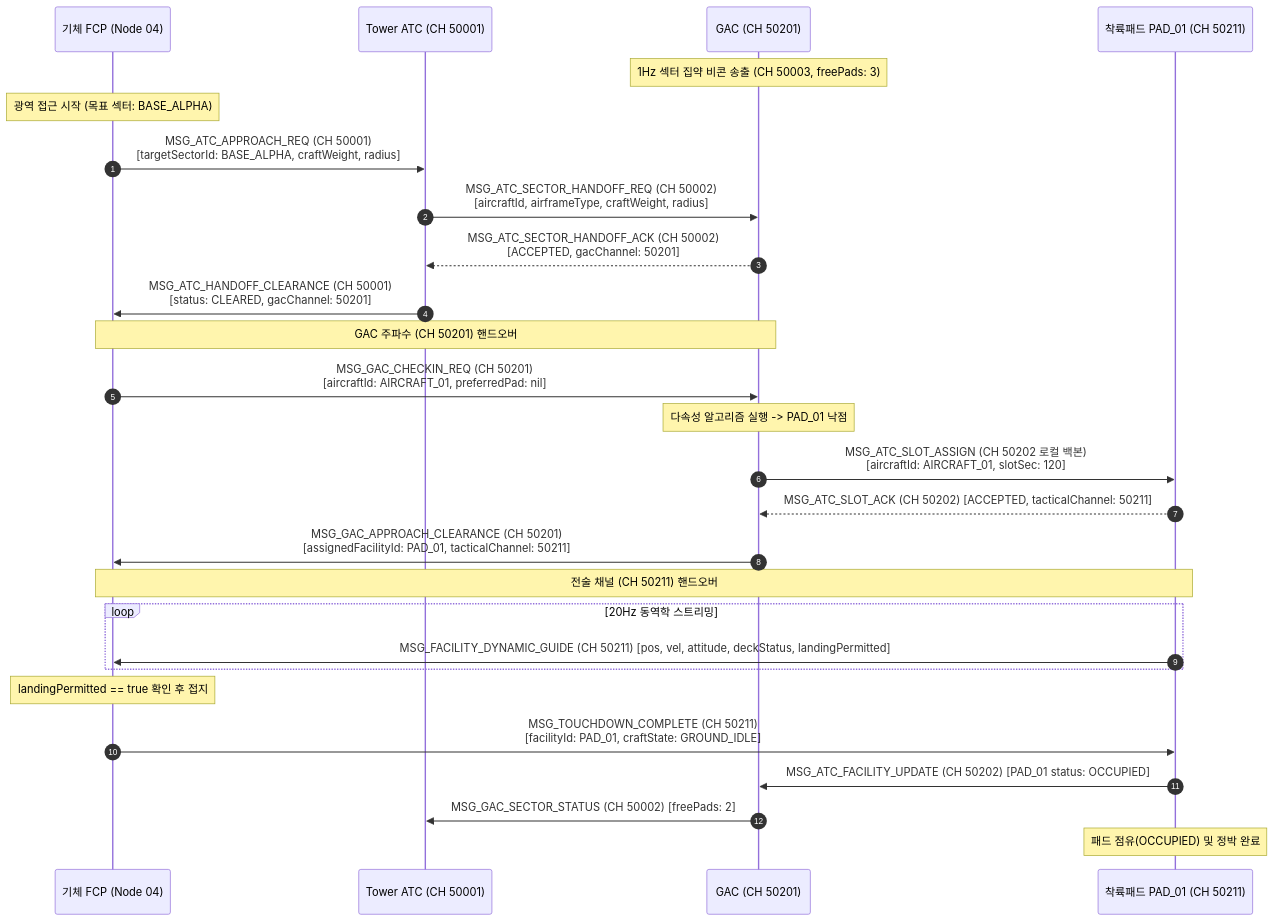
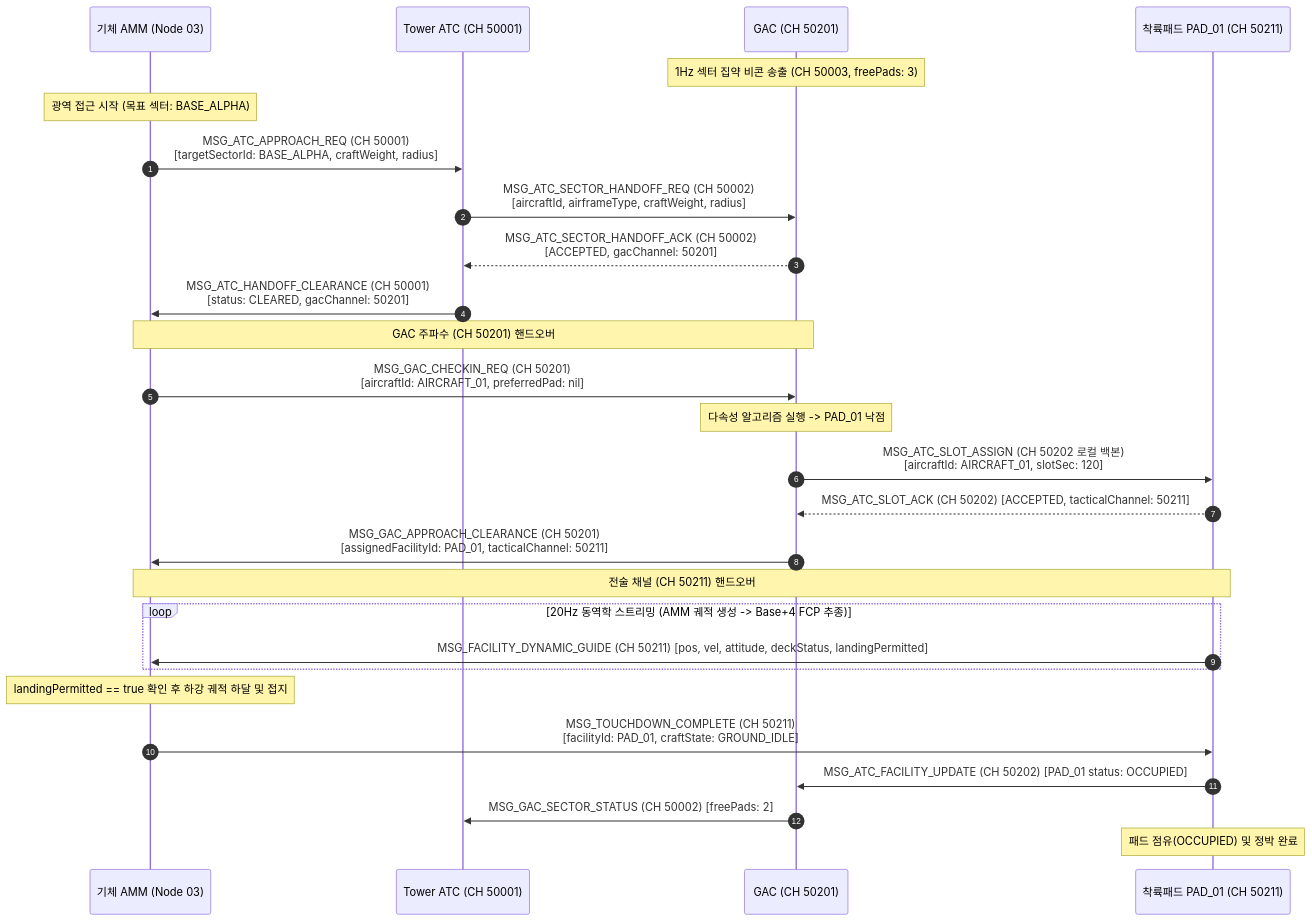
One commit to Polimachi/Aeroneutics_Autopilot changed the third of 5 diagrams in docs/specs/0_infra/gac/GAC_PROGRAM_SPECIFICATION_AND_ICD.md. Above: the diagram before and after it, drawn with Mermaid. The commit also changed other lines of this file and 18 other files, not shown here.

Commit message:
docs(specs): shrink FCP to SE(3) outer-loop and migrate gateway/nav/mission ownership to AMM (TASK-206)

````diff
--- a/docs/specs/0_infra/gac/GAC_PROGRAM_SPECIFICATION_AND_ICD.md
+++ b/docs/specs/0_infra/gac/GAC_PROGRAM_SPECIFICATION_AND_ICD.md
@@ -526,33 +528,33 @@
 ```mermaid
 sequenceDiagram
     autonumber
-    participant U as 기체 FCP (Node 04)
+    participant U as 기체 AMM (Node 03)
     participant T as Tower ATC (CH 50001)
     participant G as GAC (CH 50201)
     participant P as 착륙패드 PAD_01 (CH 50211)
 
     Note over G: 1Hz 섹터 집약 비콘 송출 (CH 50003, freePads: 3)
     Note over U: 광역 접근 시작 (목표 섹터: BASE_ALPHA)
 
     U->>T: MSG_ATC_APPROACH_REQ (CH 50001)<br/>[targetSectorId: BASE_ALPHA, craftWeight, radius]
     T->>G: MSG_ATC_SECTOR_HANDOFF_REQ (CH 50002)<br/>[aircraftId, airframeType, craftWeight, radius]
     G-->>T: MSG_ATC_SECTOR_HANDOFF_ACK (CH 50002)<br/>[ACCEPTED, gacChannel: 50201]
     T->>U: MSG_ATC_HANDOFF_CLEARANCE (CH 50001)<br/>[status: CLEARED, gacChannel: 50201]
 
     Note over U,G: GAC 주파수 (CH 50201) 핸드오버
     U->>G: MSG_GAC_CHECKIN_REQ (CH 50201)<br/>[aircraftId: AIRCRAFT_01, preferredPad: nil]
     Note over G: 다속성 알고리즘 실행 -> PAD_01 낙점
     G->>P: MSG_ATC_SLOT_ASSIGN (CH 50202 로컬 백본)<br/>[aircraftId: AIRCRAFT_01, slotSec: 120]
     P-->>G: MSG_ATC_SLOT_ACK (CH 50202) [ACCEPTED, tacticalChannel: 50211]
     G->>U: MSG_GAC_APPROACH_CLEARANCE (CH 50201)<br/>[assignedFacilityId: PAD_01, tacticalChannel: 50211]
 
     Note over U,P: 전술 채널 (CH 50211) 핸드오버
-    loop 20Hz 동역학 스트리밍
+    loop 20Hz 동역학 스트리밍 (AMM 궤적 생성 -> Base+4 FCP 추종)
         P->>U: MSG_FACILITY_DYNAMIC_GUIDE (CH 50211) [pos, vel, attitude, deckStatus, landingPermitted]
     end
-    Note over U: landingPermitted == true 확인 후 접지
+    Note over U: landingPermitted == true 확인 후 하강 궤적 하달 및 접지
     U->>P: MSG_TOUCHDOWN_COMPLETE (CH 50211)<br/>[facilityId: PAD_01, craftState: GROUND_IDLE]
     P->>G: MSG_ATC_FACILITY_UPDATE (CH 50202) [PAD_01 status: OCCUPIED]
     G->>T: MSG_GAC_SECTOR_STATUS (CH 50002) [freePads: 2]
     Note over P: 패드 점유(OCCUPIED) 및 정박 완료
 ```
````
